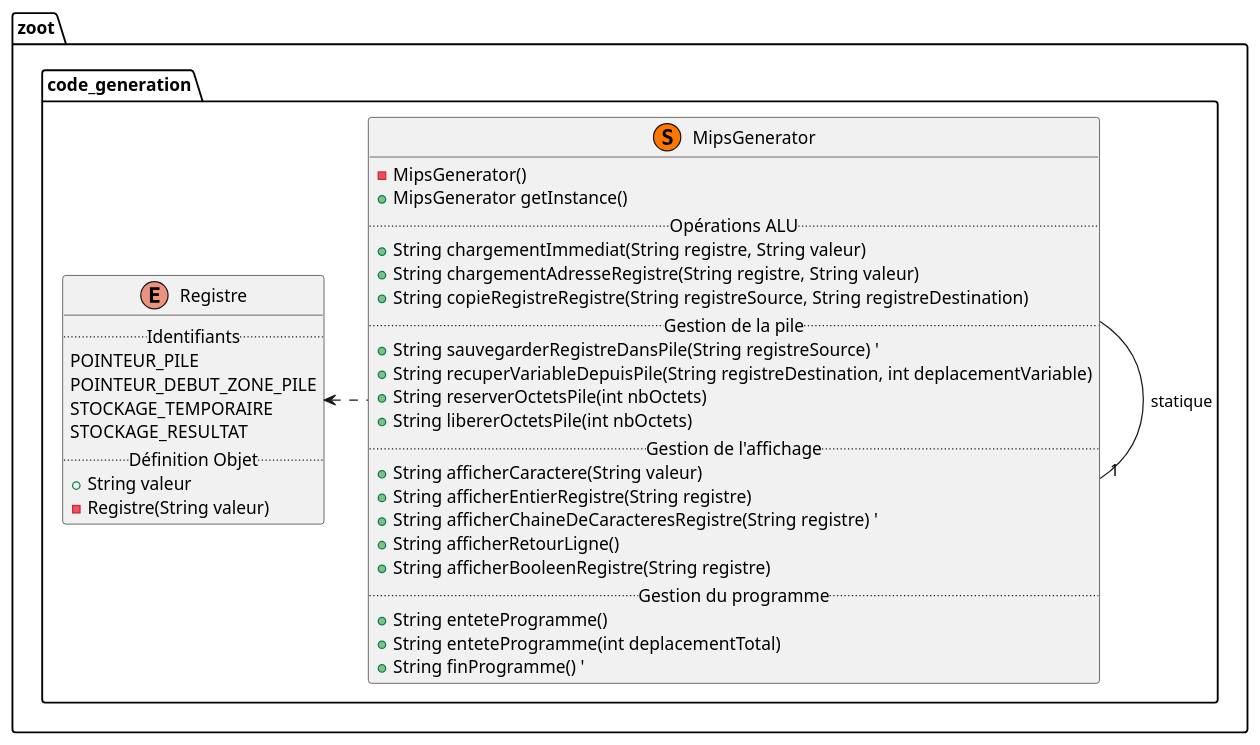
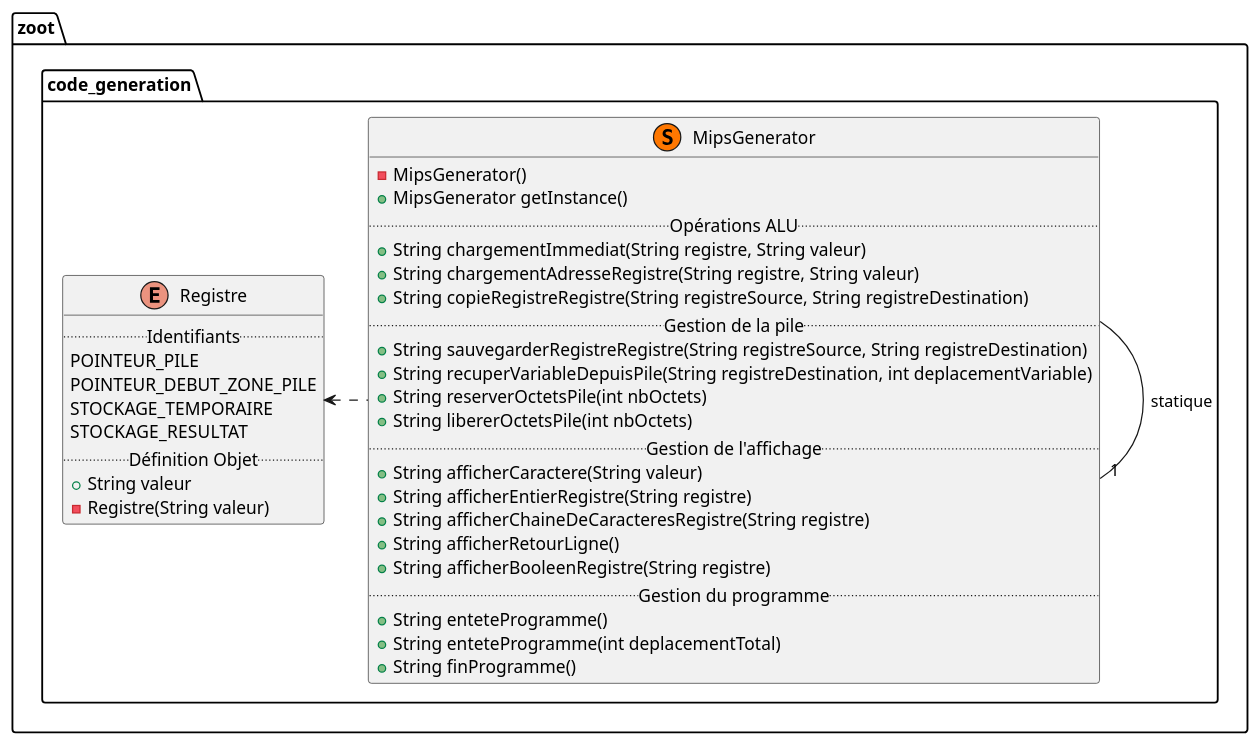
The diagram in diagrammes/classe/code_generation.puml (lmtb06/zoot), drawn with PlantUML before and after one commit. The commit also changed 2 other files, not shown here.

Commit message:
Afficher booléen fait, finProgramme plus robuste (s'adapter au registre voulue)

```diff
--- a/diagrammes/classe/code_generation.puml
+++ b/diagrammes/classe/code_generation.puml
@@ -1,46 +1,47 @@
 @startuml "Package code_generation"
 
 namespace zoot.code_generation {
     ' Includes
     ' Classes
     enum Registre{
         .. Identifiants ..
         POINTEUR_PILE
         POINTEUR_DEBUT_ZONE_PILE
         STOCKAGE_TEMPORAIRE
         STOCKAGE_RESULTAT
         .. Définition Objet ..
         + String valeur
         - Registre(String valeur)
     }
 
     class MipsGenerator << (S,#FF7700) >> {
         - MipsGenerator()
         + MipsGenerator getInstance()
         .. Opérations ALU ..
         + String chargementImmediat(String registre, String valeur)
         + String chargementAdresseRegistre(String registre, String valeur)
         + String copieRegistreRegistre(String registreSource, String registreDestination)
         .. Gestion de la pile ..
-        + String sauvegarderRegistreDansPile(String registreSource) '
+        ' + String sauvegarderRegistreDansPile(String registreSource) '
+        + String sauvegarderRegistreRegistre(String registreSource, String registreDestination)
         + String recuperVariableDepuisPile(String registreDestination, int deplacementVariable)
         + String reserverOctetsPile(int nbOctets)
         + String libererOctetsPile(int nbOctets)
         .. Gestion de l'affichage ..
         + String afficherCaractere(String valeur)
         + String afficherEntierRegistre(String registre)
-        + String afficherChaineDeCaracteresRegistre(String registre) '
+        + String afficherChaineDeCaracteresRegistre(String registre)
         + String afficherRetourLigne()
         + String afficherBooleenRegistre(String registre)
         .. Gestion du programme ..
         + String enteteProgramme()
         + String enteteProgramme(int deplacementTotal)
-        + String finProgramme() '
+        + String finProgramme()
     }
 
     ' Relations entre les classes
     MipsGenerator -right-"1" MipsGenerator : statique
     MipsGenerator .left.> Registre
 
 }
 @enduml
```
